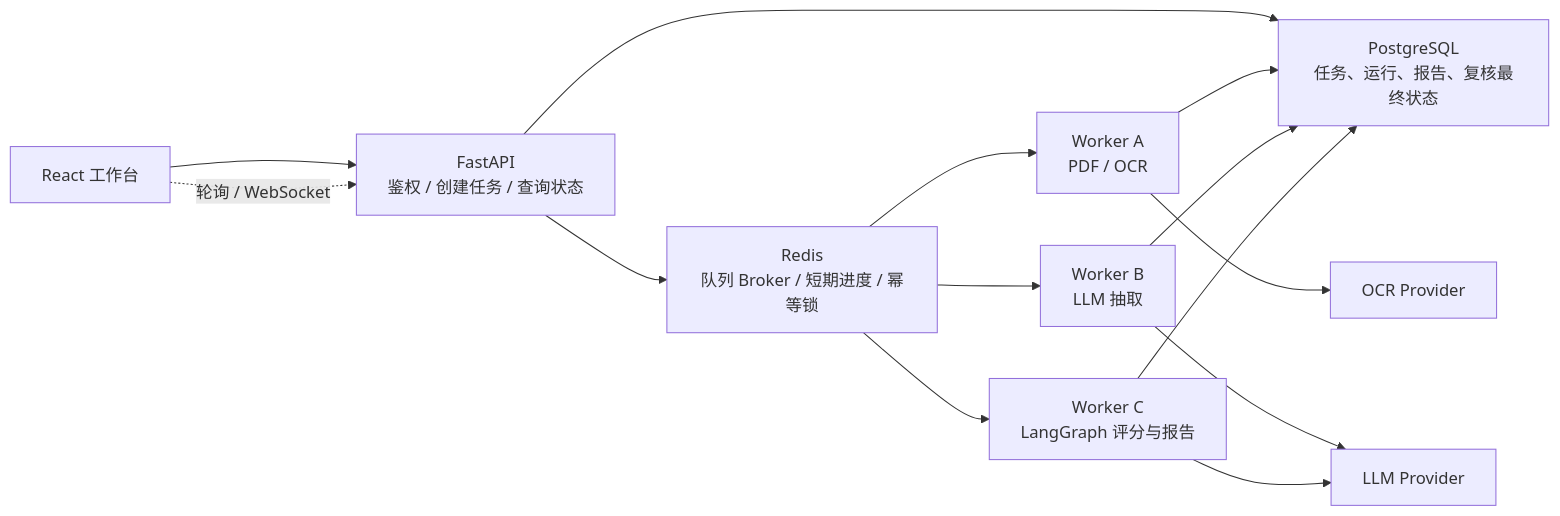
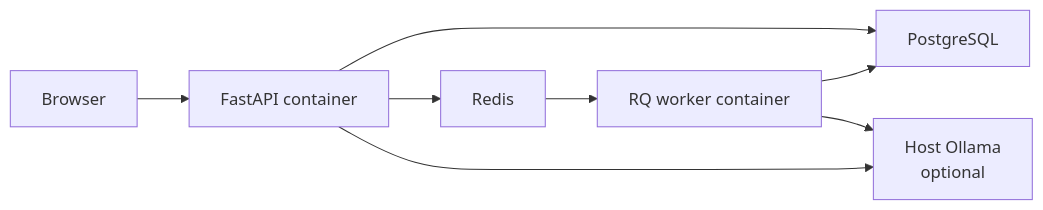
One commit to supeng0916-beep/resume-pilot changed the eighth of 8 diagrams in docs/architecture_diagrams.md. Above: the diagram before and after it, drawn with Mermaid. The commit also changed other lines of this file and 3 other files, not shown here.

Commit message:
docs: clarify production database architecture

````diff
--- a/docs/architecture_diagrams.md
+++ b/docs/architecture_diagrams.md
@@ -320,26 +184,17 @@
 ```mermaid
 flowchart LR
-    React["React 工作台"]
-    API["FastAPI<br/>鉴权 / 创建任务 / 查询状态"]
-    DB["PostgreSQL<br/>任务、运行、报告、复核最终状态"]
-    Redis["Redis<br/>队列 Broker / 短期进度 / 幂等锁"]
-    WorkerA["Worker A<br/>PDF / OCR"]
-    WorkerB["Worker B<br/>LLM 抽取"]
-    WorkerC["Worker C<br/>LangGraph 评分与报告"]
-    LLM["LLM Provider"]
-    OCR["OCR Provider"]
+    Browser["Browser"]
+    API["FastAPI container"]
+    Worker["RQ worker container"]
+    DB["PostgreSQL"]
+    Redis["Redis"]
+    Ollama["Host Ollama<br/>optional"]
 
-    React --> API
+    Browser --> API
     API --> DB
     API --> Redis
-    Redis --> WorkerA
-    Redis --> WorkerB
-    Redis --> WorkerC
-    WorkerA --> OCR
-    WorkerB --> LLM
-    WorkerC --> LLM
-    WorkerA --> DB
-    WorkerB --> DB
-    WorkerC --> DB
-    React -.轮询 / WebSocket.-> API
+    Redis --> Worker
+    Worker --> DB
+    Worker --> Ollama
+    API --> Ollama
 ```
````
